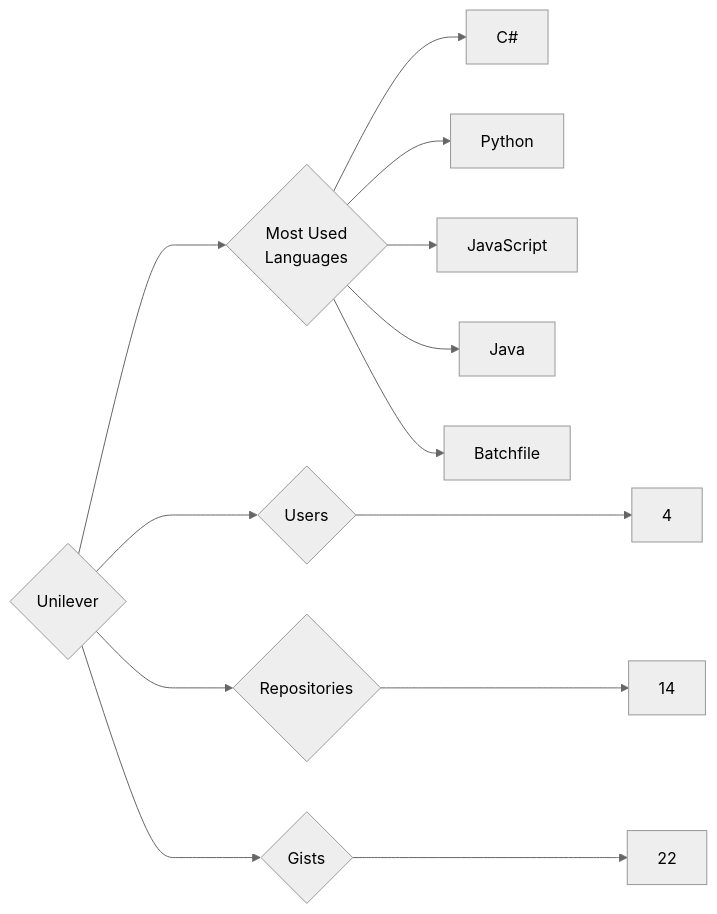
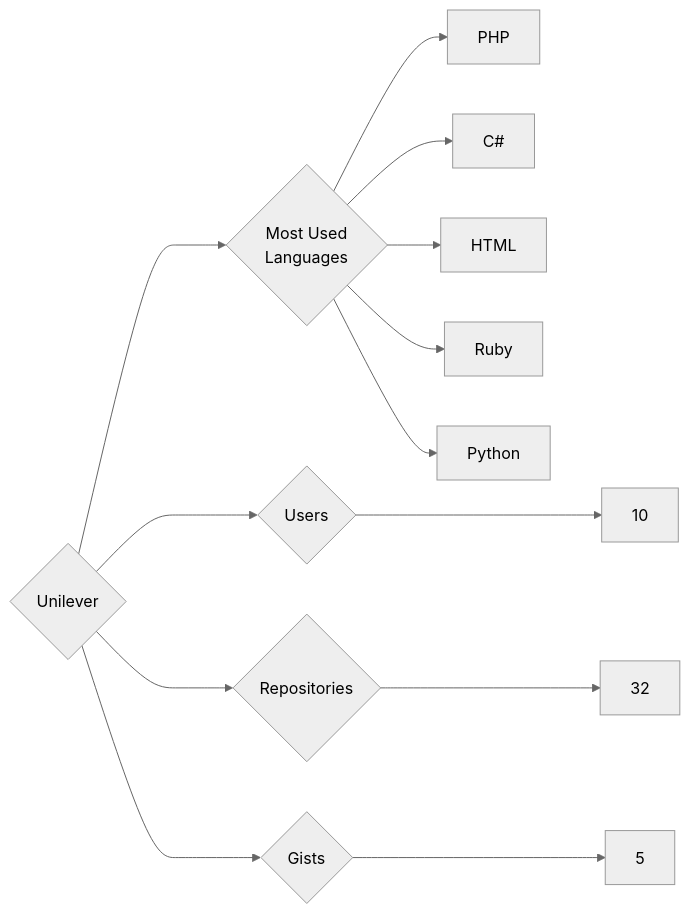
Before and after one commit to trickest/insiders: the diagram in targets/Unilever/README.md, drawn with Mermaid (neutral theme). The commit also changed 1479 other files, not shown here.

````diff
--- a/targets/Unilever/README.md
+++ b/targets/Unilever/README.md
@@ -3,13 +3,13 @@
 ```mermaid
 graph LR
 COMPANY_NAME{Unilever}
-COMPANY_NAME ---> U{Users} ---> UN[4]
-COMPANY_NAME ---> R{Repositories} ---> RN[14]
-COMPANY_NAME ---> G{Gists} ---> GN[22]
+COMPANY_NAME ---> U{Users} ---> UN[10]
+COMPANY_NAME ---> R{Repositories} ---> RN[32]
+COMPANY_NAME ---> G{Gists} ---> GN[5]
 COMPANY_NAME ---> ML{Most Used<br>Languages}
+ML --> PHP[PHP]
 ML --> C#[C#]
+ML --> HTML[HTML]
+ML --> Ruby[Ruby]
 ML --> Python[Python]
-ML --> JavaScript[JavaScript]
-ML --> Java[Java]
-ML --> Batchfile[Batchfile]
 ```
````
